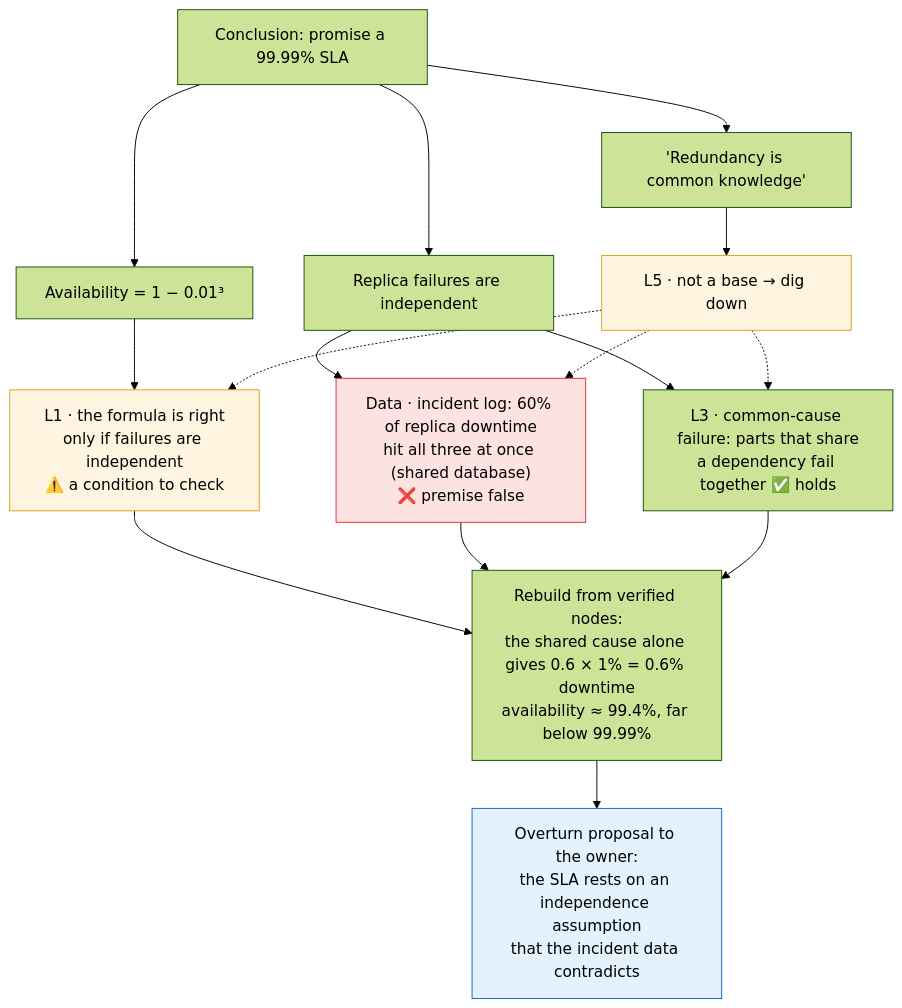
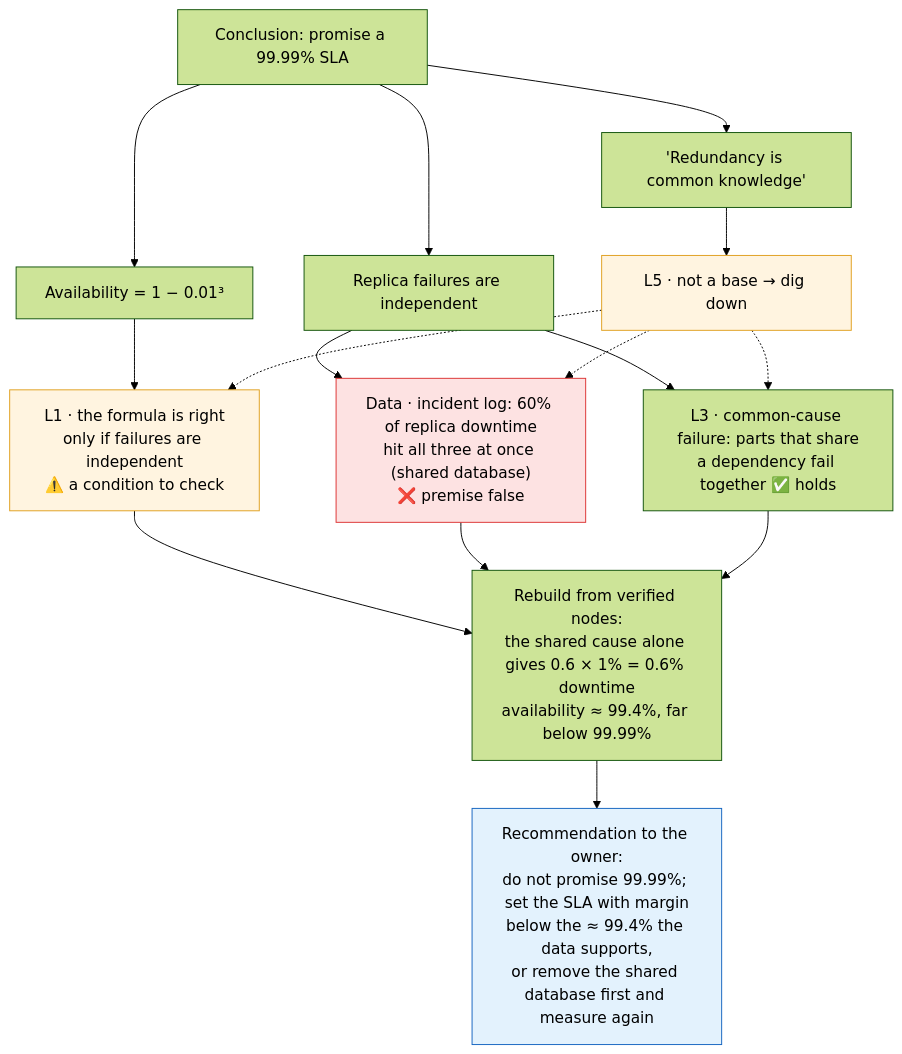
The fourth of 4 diagrams in README.md (zk-hypersolid/premise-challenge), drawn with Mermaid (forest theme) before and after one commit. The commit also changed other lines of this file and 5 other files, not shown here.

````diff
--- a/README.md
+++ b/README.md
@@ -122,22 +122,22 @@
 ```mermaid
 flowchart TB
     C["Conclusion: promise a 99.99% SLA"]
     C --> P1["Availability = 1 − 0.01³"]
     C --> P2["Replica failures are independent"]
     C --> P3["'Redundancy is common knowledge'"]
     P1 --> A1["L1 · the formula is right<br/>only if failures are independent<br/>⚠️ a condition to check"]
     P2 --> A2["Data · incident log: 60% of replica downtime<br/>hit all three at once (shared database)<br/>❌ premise false"]
     P2 --> A3["L3 · common-cause failure: parts that share<br/>a dependency fail together ✅ holds"]
     P3 --> A4["L5 · not a base → dig down"]
     A4 -.-> A1
     A4 -.-> A2
     A4 -.-> A3
     A1 --> R["Rebuild from verified nodes:<br/>the shared cause alone gives 0.6 × 1% = 0.6% downtime<br/>availability ≈ 99.4%, far below 99.99%"]
     A2 --> R
     A3 --> R
-    R --> OUT["Overturn proposal to the owner:<br/>the SLA rests on an independence assumption<br/>that the incident data contradicts"]
+    R --> OUT["Recommendation to the owner:<br/>do not promise 99.99%; set the SLA with margin<br/>below the ≈ 99.4% the data supports,<br/>or remove the shared database first and measure again"]
     style A1 fill:#fff4e0,stroke:#e0a020
     style A2 fill:#fde2e2,stroke:#d33
     style A4 fill:#fff4e0,stroke:#e0a020
     style OUT fill:#e3f2fd,stroke:#1565c0
 ```
````
